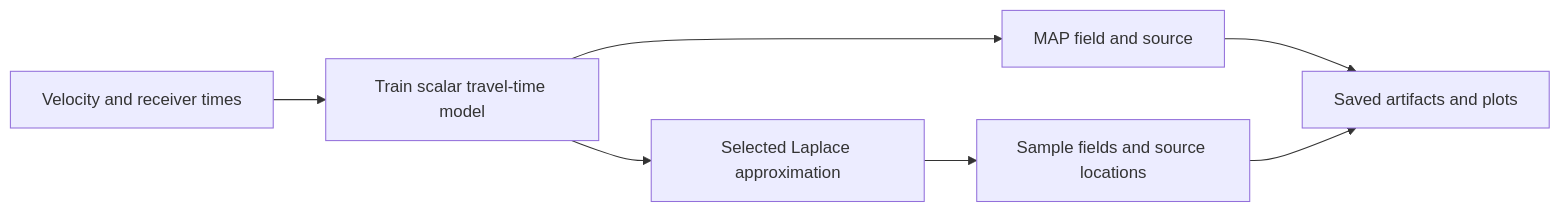
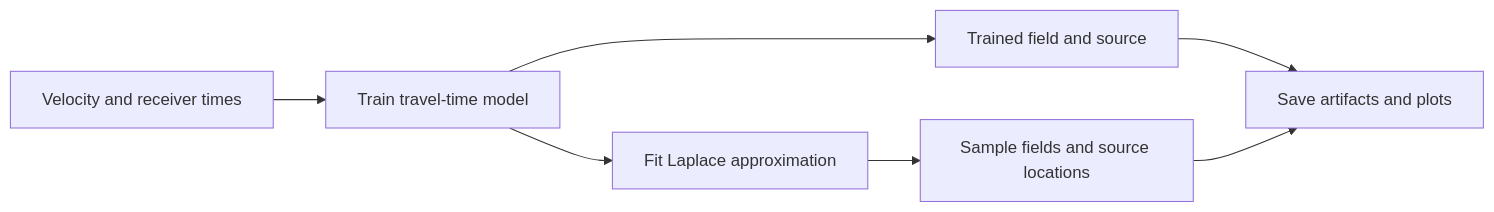
The diagram in README.md (izzatum/laplace-hypopinn), drawn with Mermaid before and after one commit. The commit also changed other lines of this file and 16 other files, not shown here.

````diff
--- a/README.md
+++ b/README.md
@@ -7,9 +7,9 @@
 ```mermaid
 flowchart LR
-    A[Velocity and receiver times] --> B[Train scalar travel-time model]
-    B --> C[MAP field and source]
-    B --> D[Selected Laplace approximation]
+    A[Velocity and receiver times] --> B[Train travel-time model]
+    B --> C[Trained field and source]
+    B --> D[Fit Laplace approximation]
     D --> E[Sample fields and source locations]
-    C --> F[Saved artifacts and plots]
+    C --> F[Save artifacts and plots]
     E --> F
 ```
````
